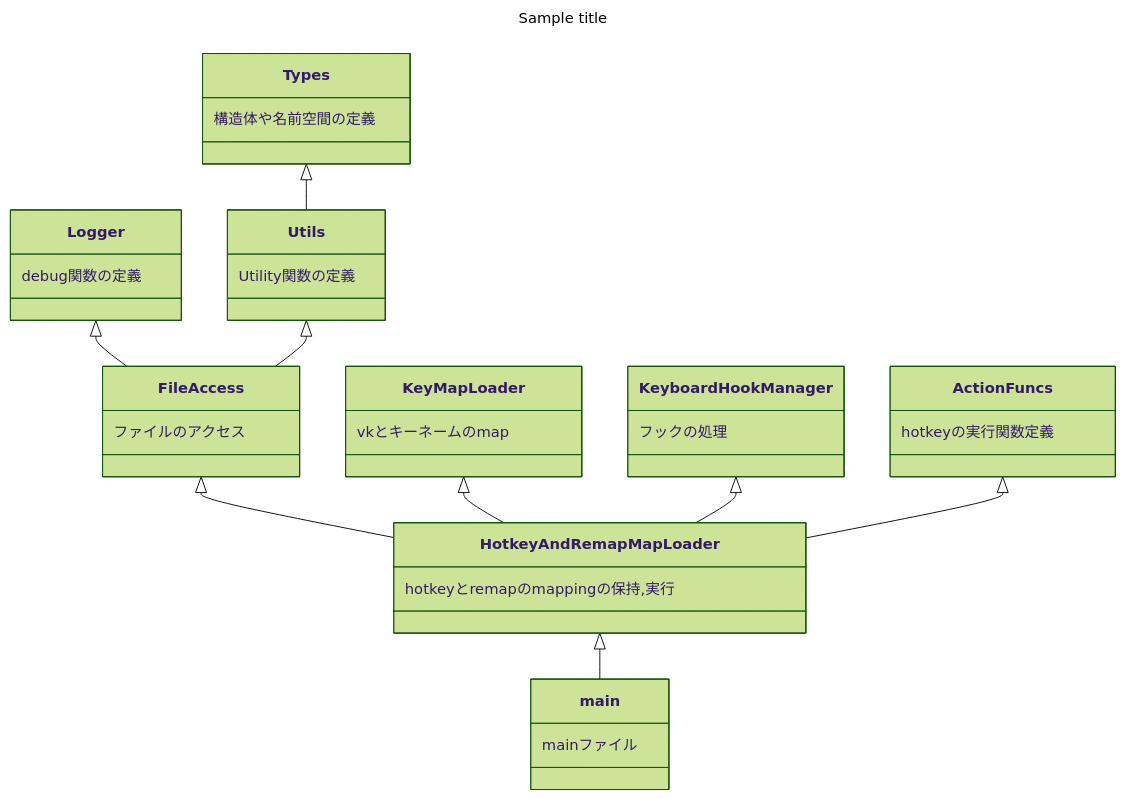
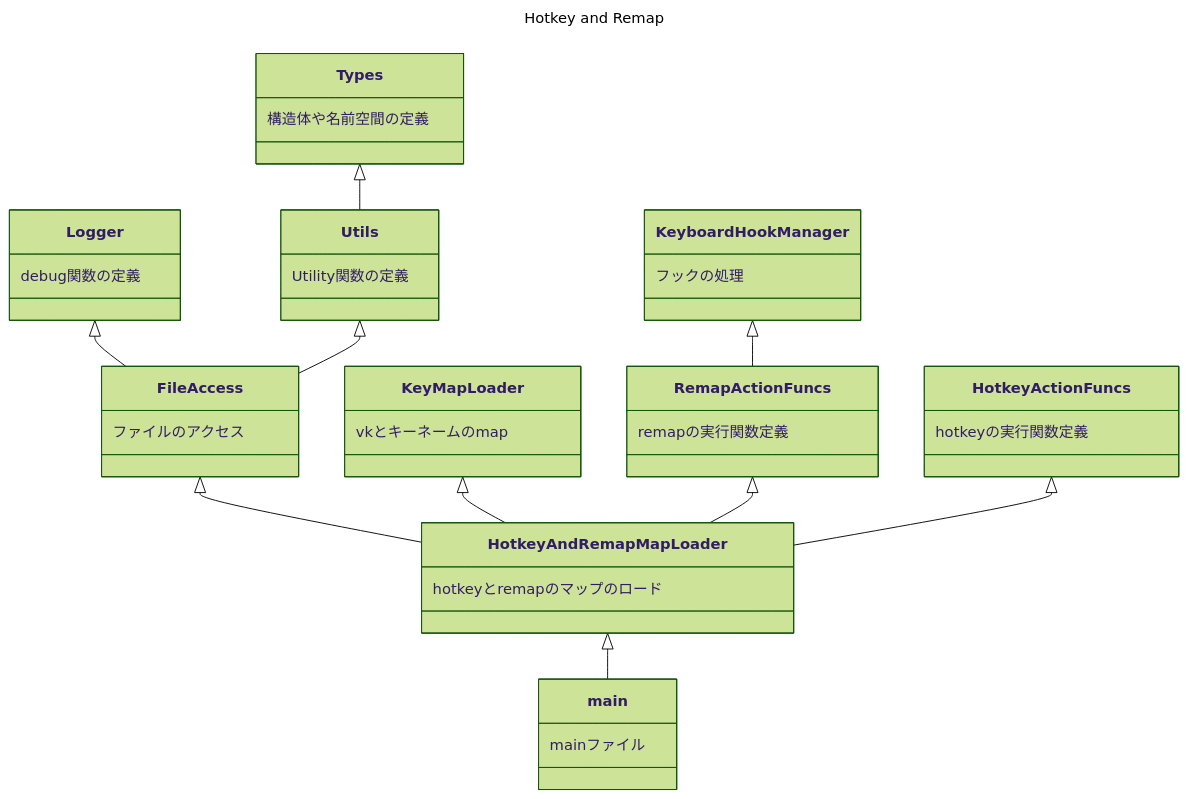
One commit to ripidot/newhotkey changed the diagram in CLI/document/クラス図/Mermaid Chart.mmd. Above: the diagram before and after it, drawn with Mermaid (forest theme). The commit also changed 11 other files, not shown here.

First line of the commit message:
RemapActionFuncs.cppの追加

```diff
--- a/CLI/document/クラス図/Mermaid Chart.mmd
+++ b/CLI/document/クラス図/Mermaid Chart.mmd
@@ -1,41 +1,45 @@
 ---
-title: Sample title
+title: Hotkey and Remap
 ---
 classDiagram
 direction TB
     class FileAccess {
 	    ファイルのアクセス
     }
     class HotkeyAndRemapMapLoader {
-      hotkeyとremapのmappingの保持,実行
+      hotkeyとremapのマップのロード
     }
     class KeyMapLoader {
       vkとキーネームのmap
     }
     class KeyboardHookManager {
       フックの処理
     }
-    class ActionFuncs {
+    class HotkeyActionFuncs {
       hotkeyの実行関数定義
+    }
+    class RemapActionFuncs {
+      remapの実行関数定義
     }
     class Logger {
       debug関数の定義
     }
     class Utils {
       Utility関数の定義
     }
     class Types {
       構造体や名前空間の定義
     }
     class main {
       mainファイル
     }
   
     FileAccess <|-- HotkeyAndRemapMapLoader
     KeyMapLoader <|-- HotkeyAndRemapMapLoader
-    KeyboardHookManager<|-- HotkeyAndRemapMapLoader
-    ActionFuncs <|-- HotkeyAndRemapMapLoader
+    KeyboardHookManager<|-- RemapActionFuncs
+    RemapActionFuncs<|-- HotkeyAndRemapMapLoader
+    HotkeyActionFuncs <|-- HotkeyAndRemapMapLoader
     HotkeyAndRemapMapLoader <|-- main
     Logger <|-- FileAccess
     Utils <|-- FileAccess
     Types <|-- Utils
```
